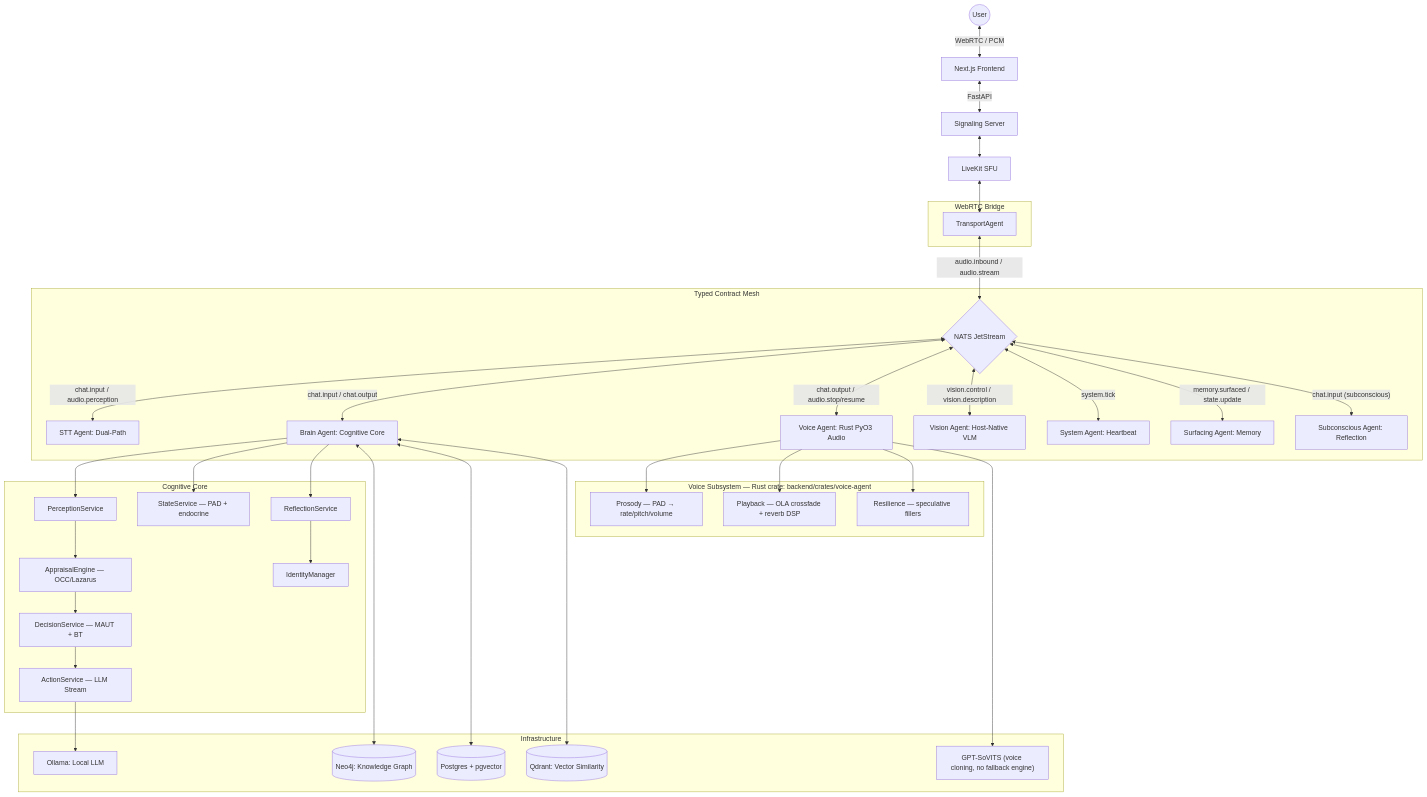
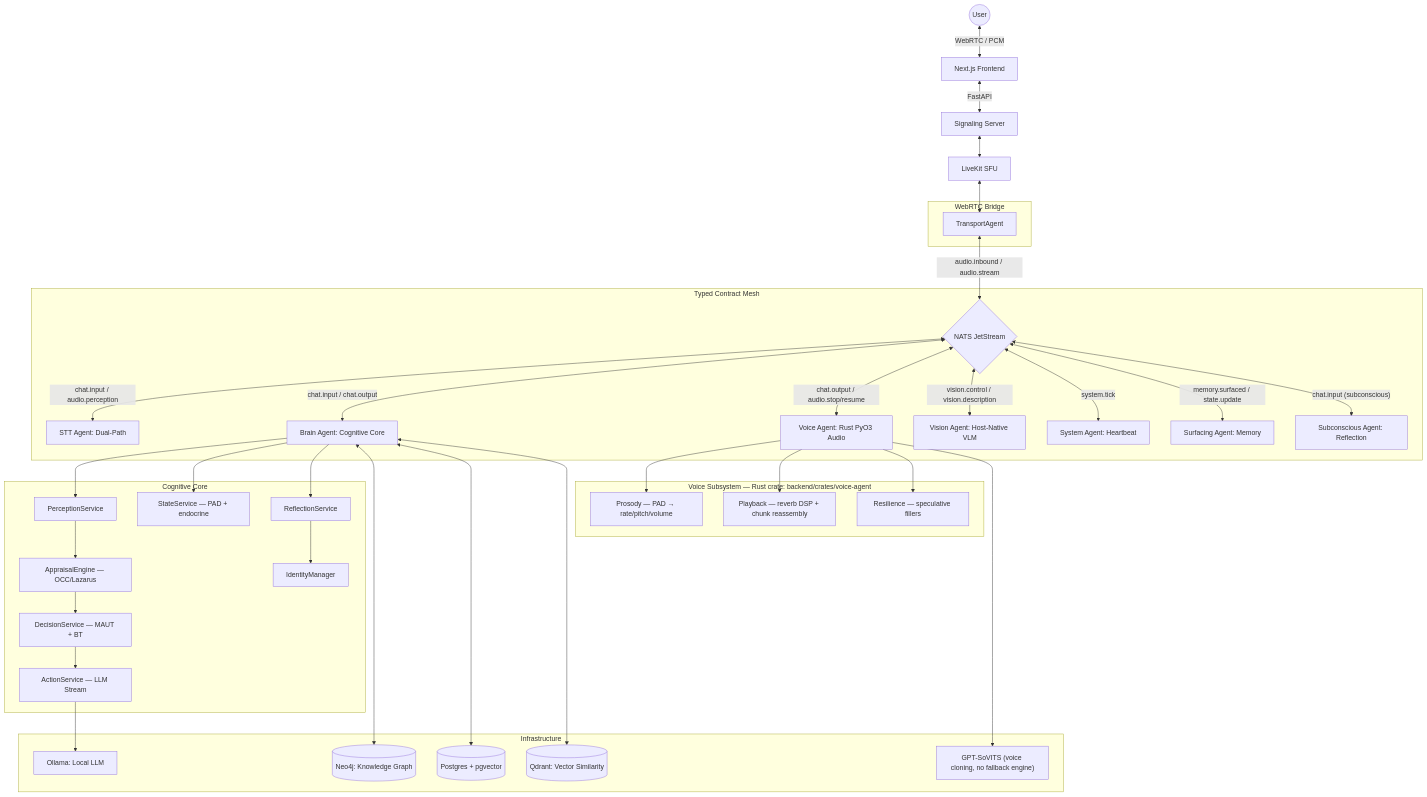
Before and after one commit to Aniket-a14/AI_friend: the diagram in README.md, drawn with Mermaid. The commit also changed other lines of this file and 9 other files, not shown here.

````diff
--- a/README.md
+++ b/README.md
@@ -144,55 +144,55 @@
 ```mermaid
 graph TD
     User((User)) <--> |"WebRTC / PCM"| Frontend["Next.js Frontend"]
     Frontend <--> |"FastAPI"| Signaling["Signaling Server"]
 
     subgraph "WebRTC Bridge"
         Transport["TransportAgent"]
     end
 
     Signaling <--> LK["LiveKit SFU"]
     LK <--> Transport
 
     subgraph "Typed Contract Mesh"
         Transport <--> |"audio.inbound / audio.stream"| Bus{"NATS JetStream"}
         Bus <--> |"chat.input / audio.perception"| STT["STT Agent: Dual-Path"]
         Bus <--> |"chat.input / chat.output"| Brain["Brain Agent: Cognitive Core"]
         Bus <--> |"chat.output / audio.stop/resume"| Voice["Voice Agent: Rust PyO3 Audio"]
         Bus <--> |"vision.control / vision.description"| Vision["Vision Agent: Host-Native VLM"]
         Bus <--> |"system.tick"| Pulse["System Agent: Heartbeat"]
         Bus <--> |"memory.surfaced / state.update"| Recall["Surfacing Agent: Memory"]
         Bus <--> |"chat.input (subconscious)"| Subconscious["Subconscious Agent: Reflection"]
     end
 
     subgraph "Cognitive Core"
         Perception["PerceptionService"]
         Appraisal["AppraisalEngine — OCC/Lazarus"]
         Decision["DecisionService — MAUT + BT"]
         Action["ActionService — LLM Stream"]
         State["StateService — PAD + endocrine"]
         Learning["ReflectionService"]
         Identity["IdentityManager"]
     end
 
     Brain --> Perception --> Appraisal --> Decision --> Action
     Brain --> State
     Brain --> Learning --> Identity
 
     subgraph "Voice Subsystem — Rust crate: backend/crates/voice-agent"
         Prosody["Prosody — PAD → rate/pitch/volume"]
-        Playback["Playback — OLA crossfade + reverb DSP"]
+        Playback["Playback — reverb DSP + chunk reassembly"]
         Resilience["Resilience — speculative fillers"]
     end
 
     Voice --> Prosody
     Voice --> Playback
     Voice --> Resilience
 
     subgraph "Infrastructure"
         Brain <--> Neo4j[("Neo4j: Knowledge Graph")]
         Brain <--> Postgres[("Postgres + pgvector")]
         Brain <--> Qdrant[("Qdrant: Vector Similarity")]
         Action --> Ollama["Ollama: Local LLM"]
         Voice --> SoVITS["GPT-SoVITS (voice cloning, no fallback engine)"]
     end
 ```
````
